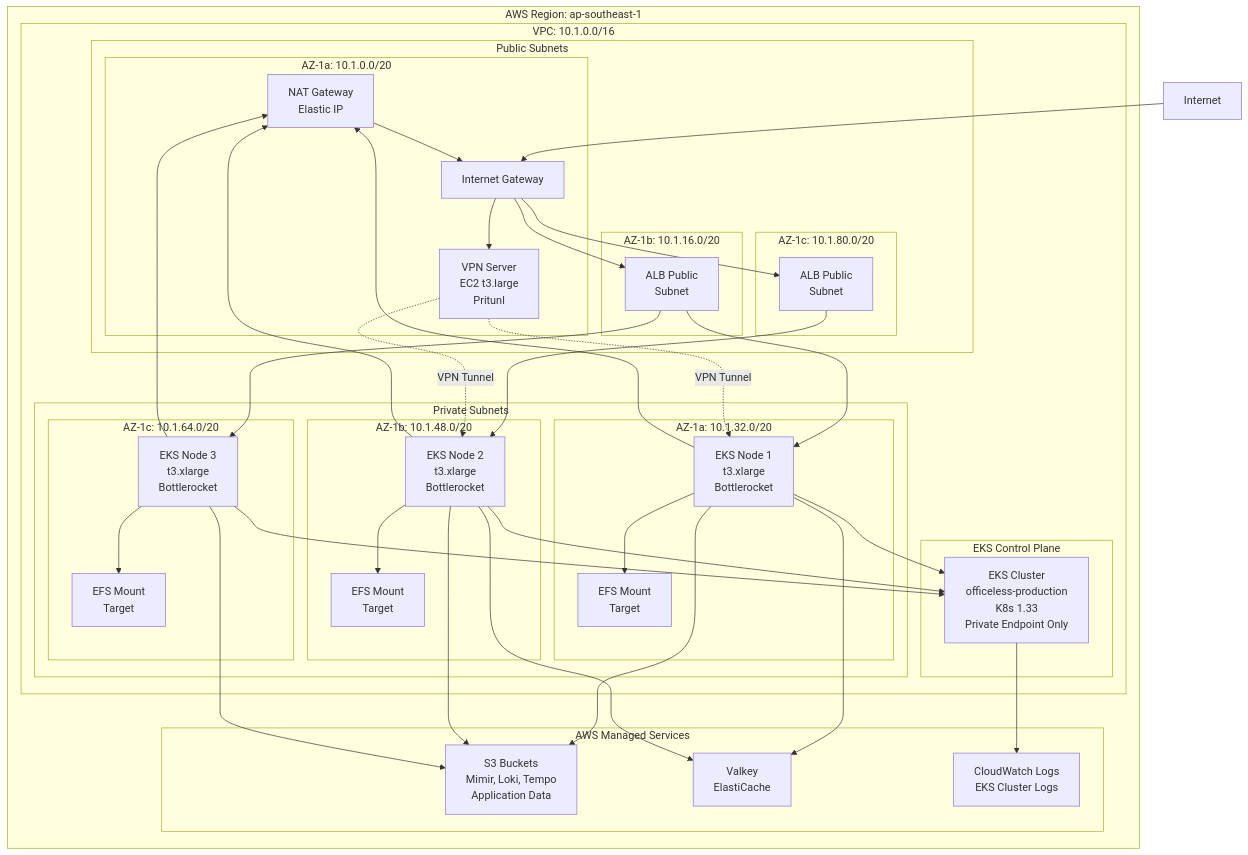
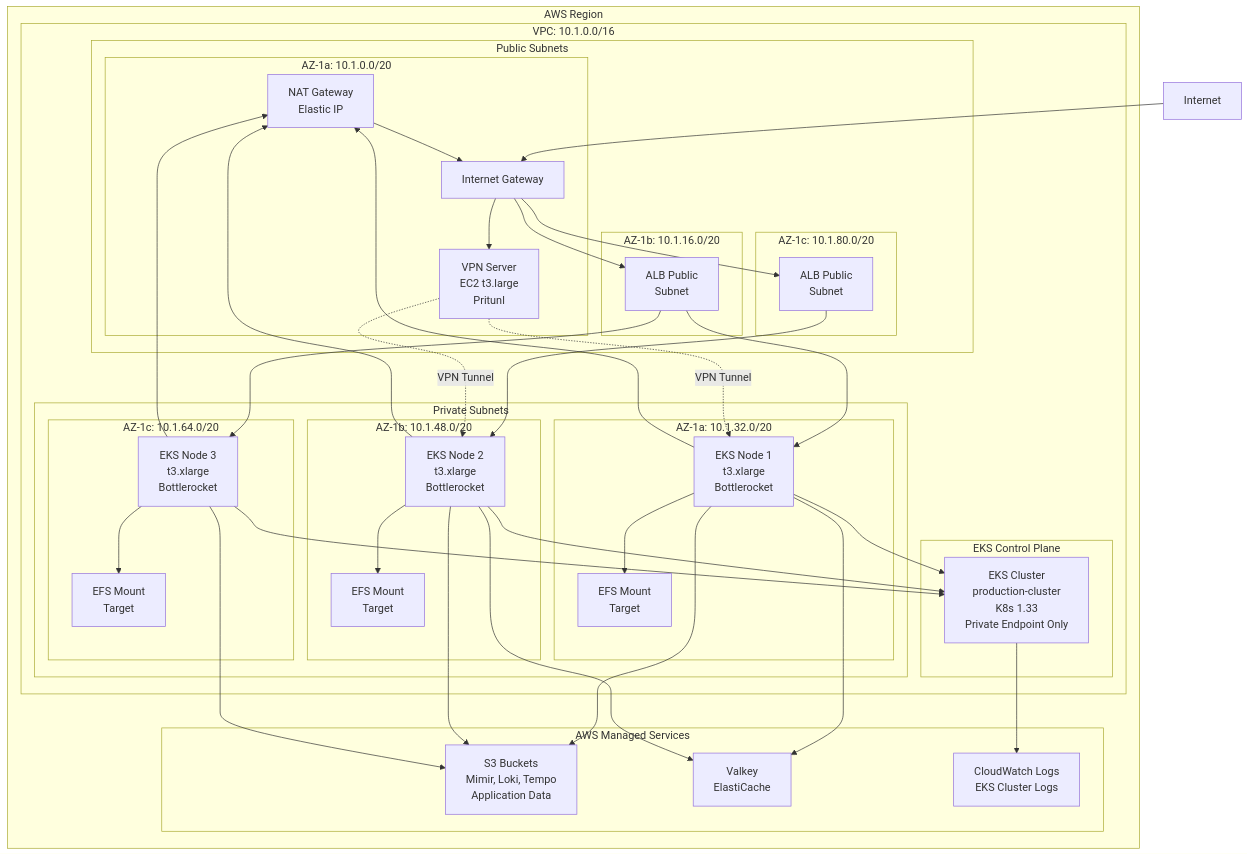
One commit to officeless-platform/officeless-platform changed the diagram in diagrams/deployment.mmd. Above: the diagram before and after it, drawn with Mermaid. The commit also changed 11 other files, not shown here.

```diff
--- a/diagrams/deployment.mmd
+++ b/diagrams/deployment.mmd
@@ -1,77 +1,77 @@
 graph TB
-    subgraph "AWS Region: ap-southeast-1"
+    subgraph "AWS Region"
         subgraph "VPC: 10.1.0.0/16"
             subgraph "Public Subnets"
                 subgraph "AZ-1a: 10.1.0.0/20"
                     NAT[NAT Gateway<br/>Elastic IP]
                     IGW[Internet Gateway]
                     VPN_Instance[VPN Server<br/>EC2 t3.large<br/>Pritunl]
                 end
                 subgraph "AZ-1b: 10.1.16.0/20"
                     ALB_Public[ALB Public<br/>Subnet]
                 end
                 subgraph "AZ-1c: 10.1.80.0/20"
                     ALB_Public2[ALB Public<br/>Subnet]
                 end
             end
             
             subgraph "Private Subnets"
                 subgraph "AZ-1a: 10.1.32.0/20"
                     Node1[EKS Node 1<br/>t3.xlarge<br/>Bottlerocket]
                     EFS_Mount1[EFS Mount<br/>Target]
                 end
                 subgraph "AZ-1b: 10.1.48.0/20"
                     Node2[EKS Node 2<br/>t3.xlarge<br/>Bottlerocket]
                     EFS_Mount2[EFS Mount<br/>Target]
                 end
                 subgraph "AZ-1c: 10.1.64.0/20"
                     Node3[EKS Node 3<br/>t3.xlarge<br/>Bottlerocket]
                     EFS_Mount3[EFS Mount<br/>Target]
                 end
             end
             
             subgraph "EKS Control Plane"
-                EKS[EKS Cluster<br/>officeless-production<br/>K8s 1.33<br/>Private Endpoint Only]
+                EKS[EKS Cluster<br/>production-cluster<br/>K8s 1.33<br/>Private Endpoint Only]
             end
         end
         
         subgraph "AWS Managed Services"
             S3_Buckets[S3 Buckets<br/>Mimir, Loki, Tempo<br/>Application Data]
             Valkey_Service[Valkey<br/>ElastiCache]
             CloudWatch_Logs[CloudWatch Logs<br/>EKS Cluster Logs]
         end
     end
     
     Internet[Internet] --> IGW
     IGW --> ALB_Public
     IGW --> ALB_Public2
     IGW --> VPN_Instance
     
     ALB_Public --> Node1
     ALB_Public2 --> Node2
     ALB_Public --> Node3
     
     Node1 --> NAT
     Node2 --> NAT
     Node3 --> NAT
     NAT --> IGW
     
     Node1 --> EKS
     Node2 --> EKS
     Node3 --> EKS
     
     Node1 --> EFS_Mount1
     Node2 --> EFS_Mount2
     Node3 --> EFS_Mount3
     
     Node1 --> S3_Buckets
     Node2 --> S3_Buckets
     Node3 --> S3_Buckets
     
     Node1 --> Valkey_Service
     Node2 --> Valkey_Service
     
     EKS --> CloudWatch_Logs
     
     VPN_Instance -.VPN Tunnel.-> Node1
     VPN_Instance -.VPN Tunnel.-> Node2
```
